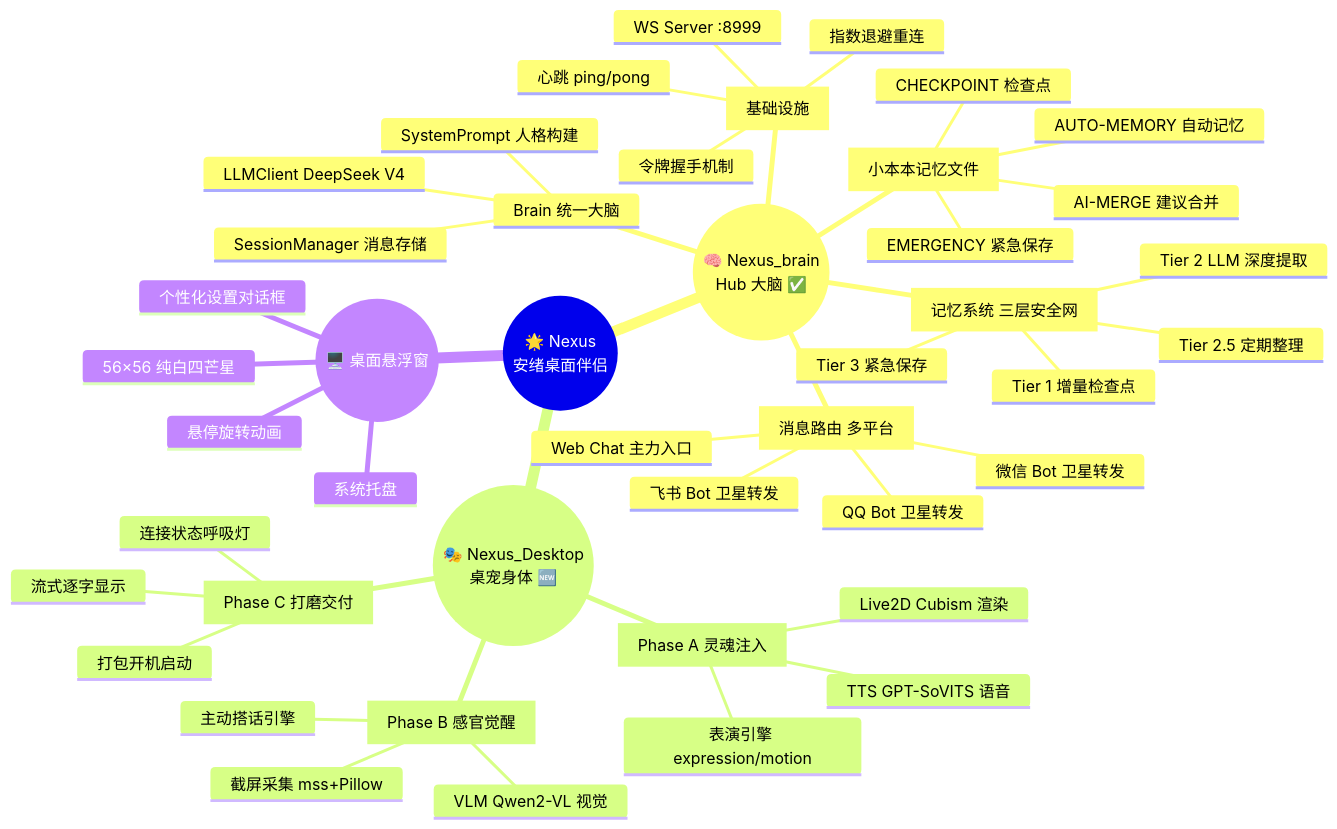
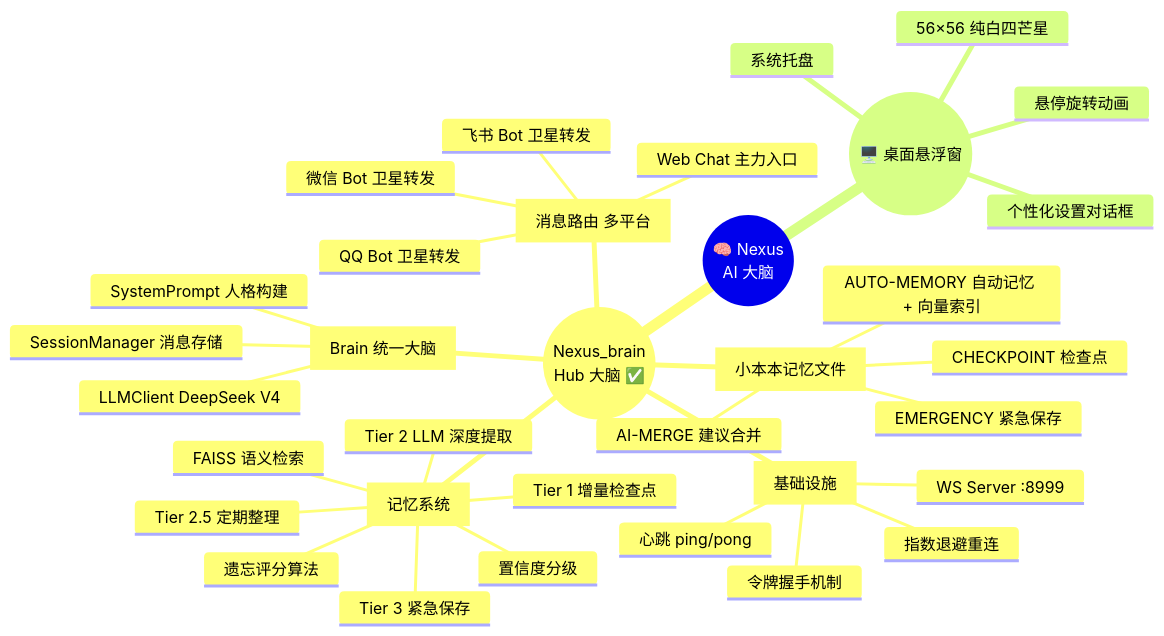
Before and after one commit to yuanchu114514-spec/nexus-brain: the first of 2 diagrams in README.md, drawn with Mermaid. The commit also changed other lines of this file, not shown here.

Commit message:
重写 README: v0.8.0 向量记忆，移除 Live2D/TTS/VLM 桌宠内容，保留悬浮窗

````diff
--- a/README.md
+++ b/README.md
@@ -11,47 +11,37 @@
 ```mermaid
 mindmap
-  root(("🌟 Nexus<br/>安绪桌面伴侣"))
-    (("🧠 Nexus_brain<br/>Hub 大脑 ✅"))
-      Brain 统一大脑
+  root(("🧠 Nexus<br/>AI 大脑"))
+    (("Nexus_brain<br/>Hub 大脑 ✅"))
+      [Brain 统一大脑]
         SystemPrompt 人格构建
         SessionManager 消息存储
         LLMClient DeepSeek V4
-      [记忆系统 三层安全网]
+      [记忆系统]
         Tier 1 增量检查点
         Tier 2 LLM 深度提取
         Tier 2.5 定期整理
         Tier 3 紧急保存
+        FAISS 语义检索
+        遗忘评分算法
+        置信度分级
       [消息路由 多平台]
         Web Chat 主力入口
         QQ Bot 卫星转发
         微信 Bot 卫星转发
         飞书 Bot 卫星转发
       [基础设施]
         WS Server :8999
         令牌握手机制
         指数退避重连
         心跳 ping/pong
       [小本本记忆文件]
-        AUTO-MEMORY 自动记忆
+        AUTO-MEMORY 自动记忆 + 向量索引
         CHECKPOINT 检查点
         EMERGENCY 紧急保存
         AI-MERGE 建议合并
-    (("🎭 Nexus_Desktop<br/>桌宠身体 🆕"))
-      [Phase A 灵魂注入]
-        Live2D Cubism 渲染
-        表演引擎 expression/motion
-        TTS GPT-SoVITS 语音
-      [Phase B 感官觉醒]
-        截屏采集 mss+Pillow
-        VLM Qwen2-VL 视觉
-        主动搭话引擎
-      [Phase C 打磨交付]
-        流式逐字显示
-        连接状态呼吸灯
-        打包开机启动
     (("🖥️ 桌面悬浮窗"))
       56×56 纯白四芒星
       悬停旋转动画
       个性化设置对话框
       系统托盘
 ```
````
